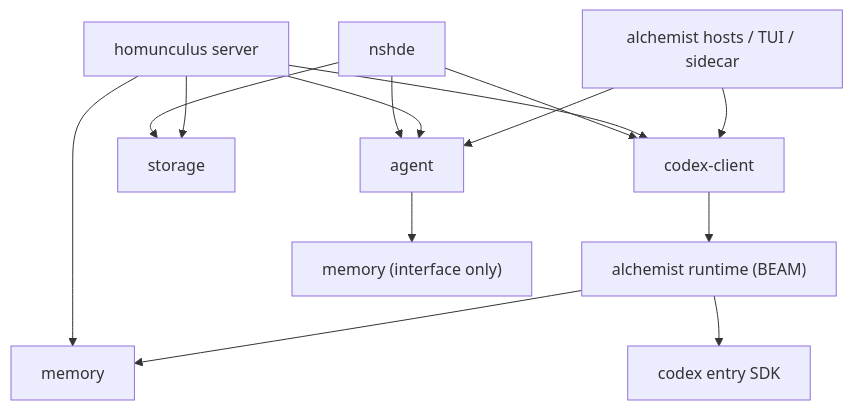
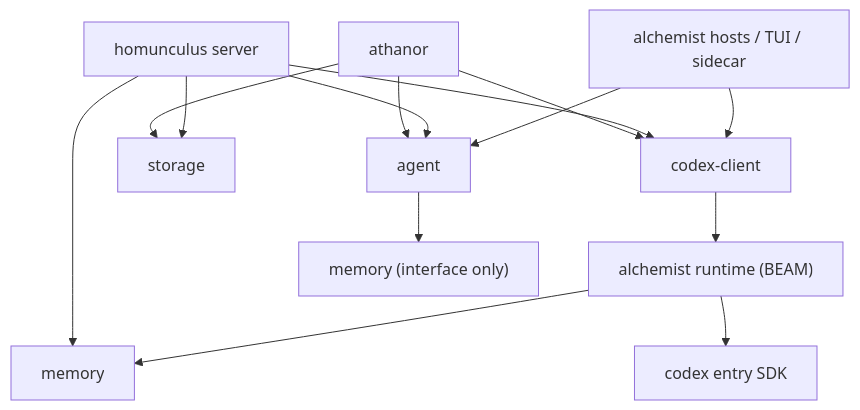
The second of 2 diagrams in docs/architecture/system-architecture.md (0x1d/crucible), drawn with Mermaid before and after one commit. The commit also changed other lines of this file and 11 other files, not shown here.

First line of the commit message:
Rename nshde to athanor; pin Formulary as a submodule

````diff
--- a/docs/architecture/system-architecture.md
+++ b/docs/architecture/system-architecture.md
@@ -57,16 +57,16 @@
 ```mermaid
 flowchart TB
-    NSH["nshde"] --> AG["agent"]
-    NSH --> ST["storage"]
-    NSH --> CC["codex-client"]
+    ATH["athanor"] --> AG["agent"]
+    ATH --> ST["storage"]
+    ATH --> CC["codex-client"]
     HOM["homunculus server"] --> AG
     HOM --> MEM["memory"]
     HOM --> CC
     HOM --> ST
     ALCH["alchemist hosts / TUI / sidecar"] --> AG
     ALCH --> CC
     RT["alchemist runtime (BEAM)"] --> MEM
     RT --> SDK["codex entry SDK"]
     AG --> MEMI["memory (interface only)"]
     CC --> RT
 ```
````
